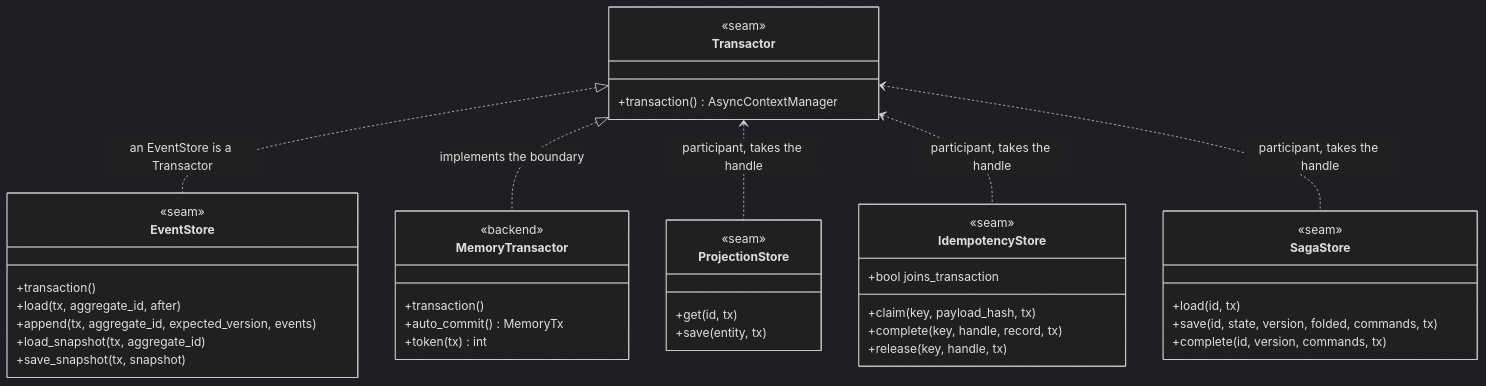
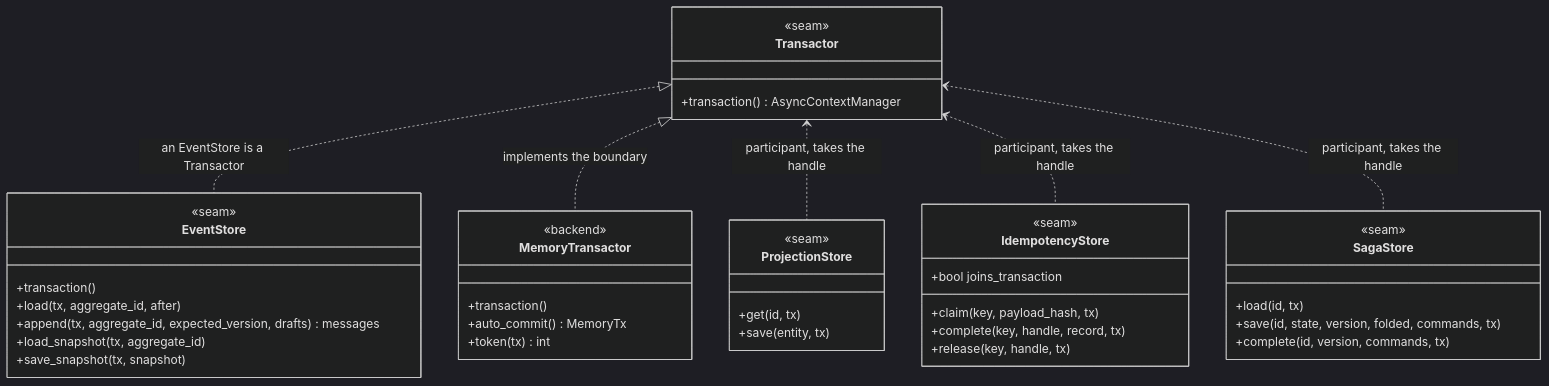
The first of 3 diagrams in docs/sdk/transactions.md (haskian/edax), drawn with Mermaid (dark theme) before and after one commit. The commit also changed 175 other files, not shown here.

````diff
--- a/docs/sdk/transactions.md
+++ b/docs/sdk/transactions.md
@@ -12,45 +12,45 @@
 ```mermaid
 classDiagram
     class Transactor {
         <<seam>>
         +transaction() AsyncContextManager
     }
     class EventStore {
         <<seam>>
         +transaction()
         +load(tx, aggregate_id, after)
-        +append(tx, aggregate_id, expected_version, events)
+        +append(tx, aggregate_id, expected_version, drafts) messages
         +load_snapshot(tx, aggregate_id)
         +save_snapshot(tx, snapshot)
     }
     class ProjectionStore {
         <<seam>>
         +get(id, tx)
         +save(entity, tx)
     }
     class IdempotencyStore {
         <<seam>>
         +bool joins_transaction
         +claim(key, payload_hash, tx)
         +complete(key, handle, record, tx)
         +release(key, handle, tx)
     }
     class SagaStore {
         <<seam>>
         +load(id, tx)
         +save(id, state, version, folded, commands, tx)
         +complete(id, version, commands, tx)
     }
     class MemoryTransactor {
         <<backend>>
         +transaction()
         +auto_commit() MemoryTx
         +token(tx) int
     }
 
     Transactor <|.. EventStore : an EventStore is a Transactor
     Transactor <|.. MemoryTransactor : implements the boundary
     Transactor <.. ProjectionStore : participant, takes the handle
     Transactor <.. IdempotencyStore : participant, takes the handle
     Transactor <.. SagaStore : participant, takes the handle
 ```
````
